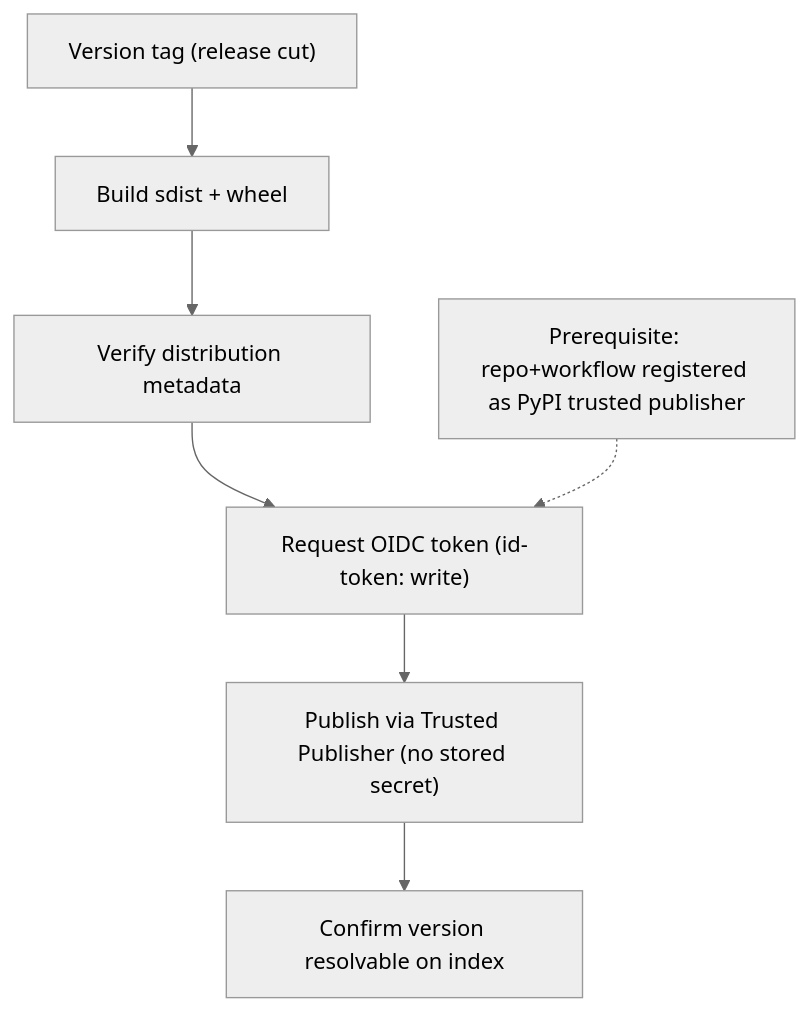
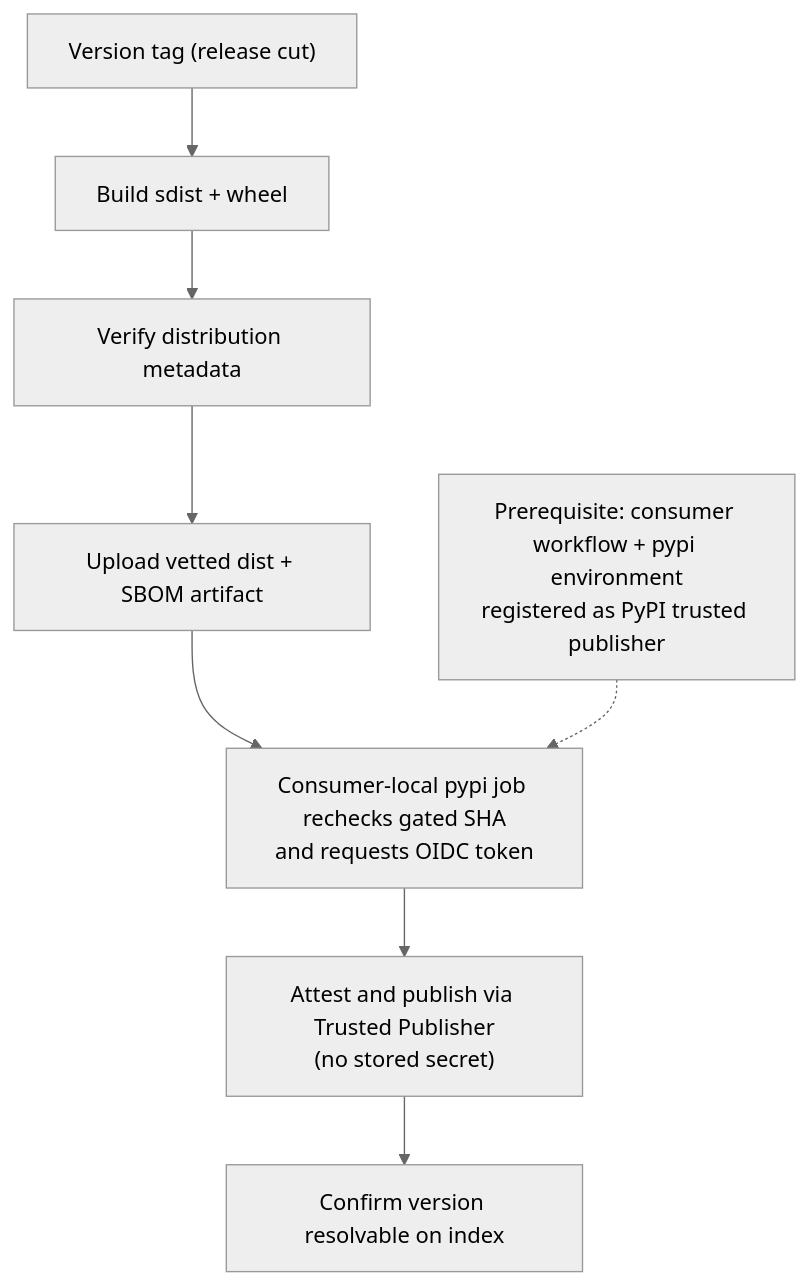
One commit to amattas/aviato changed the diagram in docs/requirements/modules/deployment/pypi/requirements.md. Above: the diagram before and after it, drawn with Mermaid (neutral theme). The commit also changed other lines of this file and 11 other files, not shown here.

Commit message:
fix(pypi): publish through the consumer trusted identity

````diff
--- a/docs/requirements/modules/deployment/pypi/requirements.md
+++ b/docs/requirements/modules/deployment/pypi/requirements.md
@@ -22,9 +31,10 @@
 ```mermaid
 flowchart TD
     A["Version tag (release cut)"] --> B["Build sdist + wheel"]
     B --> C["Verify distribution metadata"]
-    C --> D["Request OIDC token (id-token: write)"]
-    D --> E["Publish via Trusted Publisher (no stored secret)"]
+    C --> H["Upload vetted dist + SBOM artifact"]
+    H --> D["Consumer-local pypi job rechecks gated SHA<br/>and requests OIDC token"]
+    D --> E["Attest and publish via Trusted Publisher<br/>(no stored secret)"]
     E --> F["Confirm version resolvable on index"]
-    P["Prerequisite: repo+workflow registered as PyPI trusted publisher"] -.-> D
+    P["Prerequisite: consumer workflow + pypi environment<br/>registered as PyPI trusted publisher"] -.-> D
 ```
````
